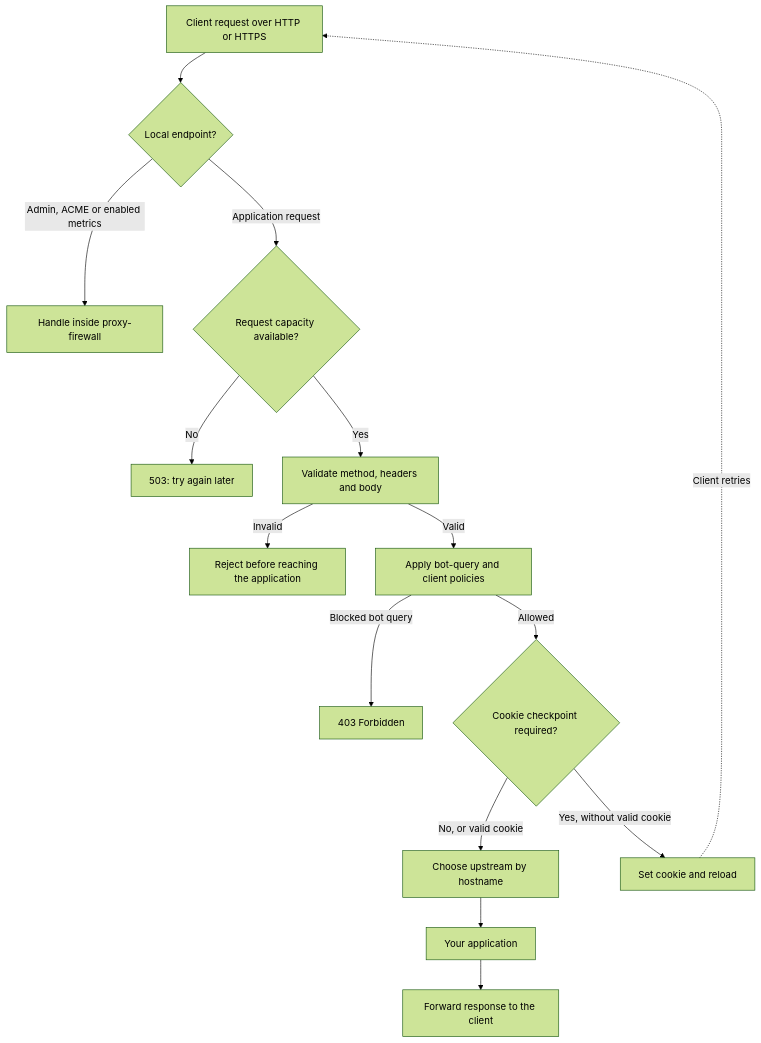
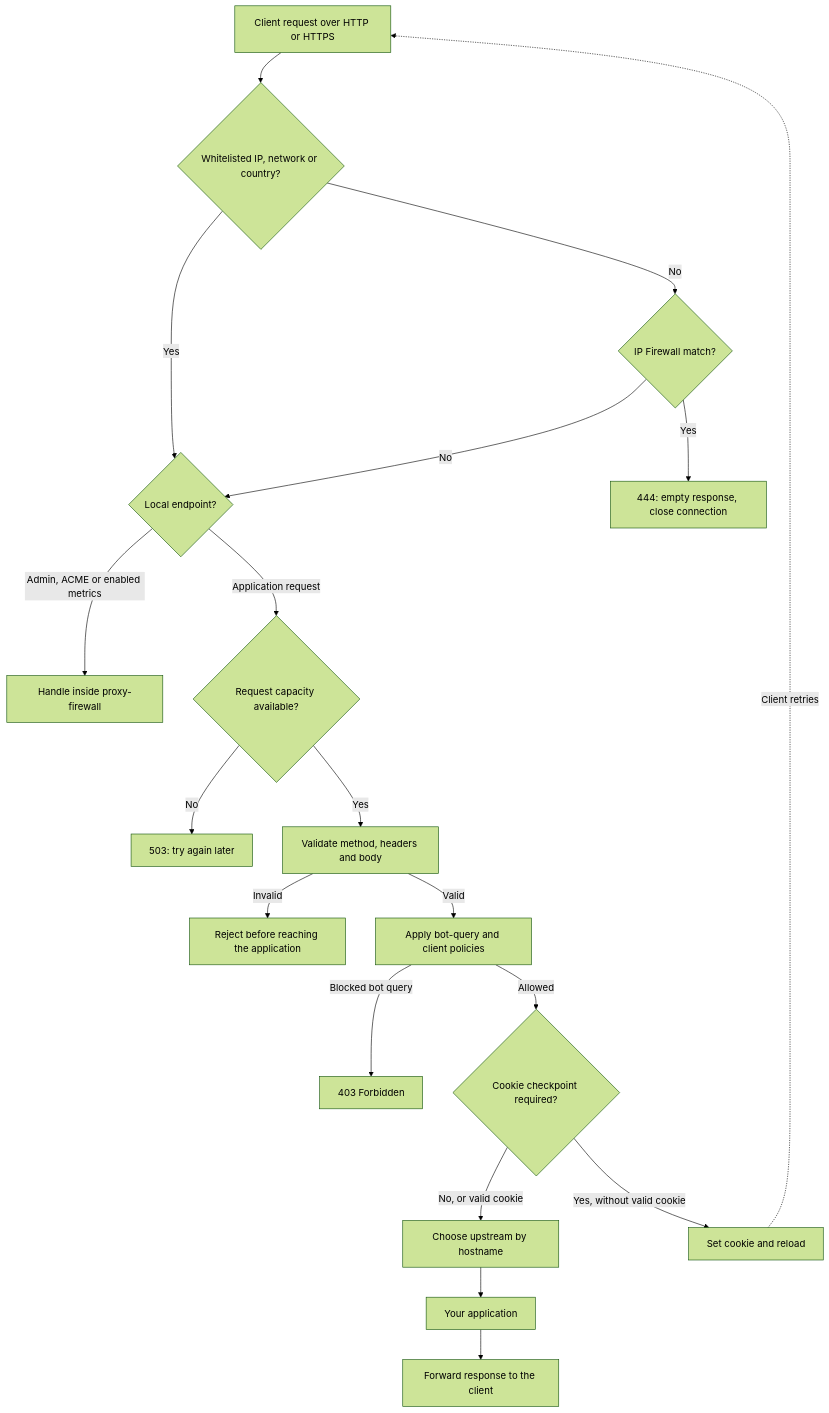
One commit to Codomari/http-proxy-firewall changed the first of 3 diagrams in README.md. Above: the diagram before and after it, drawn with Mermaid (forest theme). The commit also changed other lines of this file and 38 other files, not shown here.

````diff
--- a/README.md
+++ b/README.md
@@ -15,17 +15,21 @@
 ```mermaid
 flowchart TD
-    Client["Client request over HTTP or HTTPS"] --> Local{"Local endpoint?"}
+    Client["Client request over HTTP or HTTPS"] --> Whitelist{"Whitelisted IP, network or country?"}
+    Whitelist -->|Yes| Local{"Local endpoint?"}
+    Whitelist -->|No| IPBlock{"IP Firewall match?"}
+    IPBlock -->|Yes| Drop["444: empty response, close connection"]
+    IPBlock -->|No| Local
     Local -->|"Admin, ACME or enabled metrics"| LocalReply["Handle inside proxy-firewall"]
     Local -->|Application request| Capacity{"Request capacity available?"}
     Capacity -->|No| Busy["503: try again later"]
     Capacity -->|Yes| Inspect["Validate method, headers and body"]
     Inspect -->|Invalid| Reject["Reject before reaching the application"]
     Inspect -->|Valid| Policy["Apply bot-query and client policies"]
     Policy -->|Blocked bot query| Forbidden["403 Forbidden"]
     Policy -->|Allowed| Checkpoint{"Cookie checkpoint required?"}
     Checkpoint -->|No, or valid cookie| Route["Choose upstream by hostname"]
     Checkpoint -->|Yes, without valid cookie| Cookie["Set cookie and reload"]
     Cookie -.->|Client retries| Client
     Route --> App["Your application"]
     App --> Response["Forward response to the client"]
 ```
````
